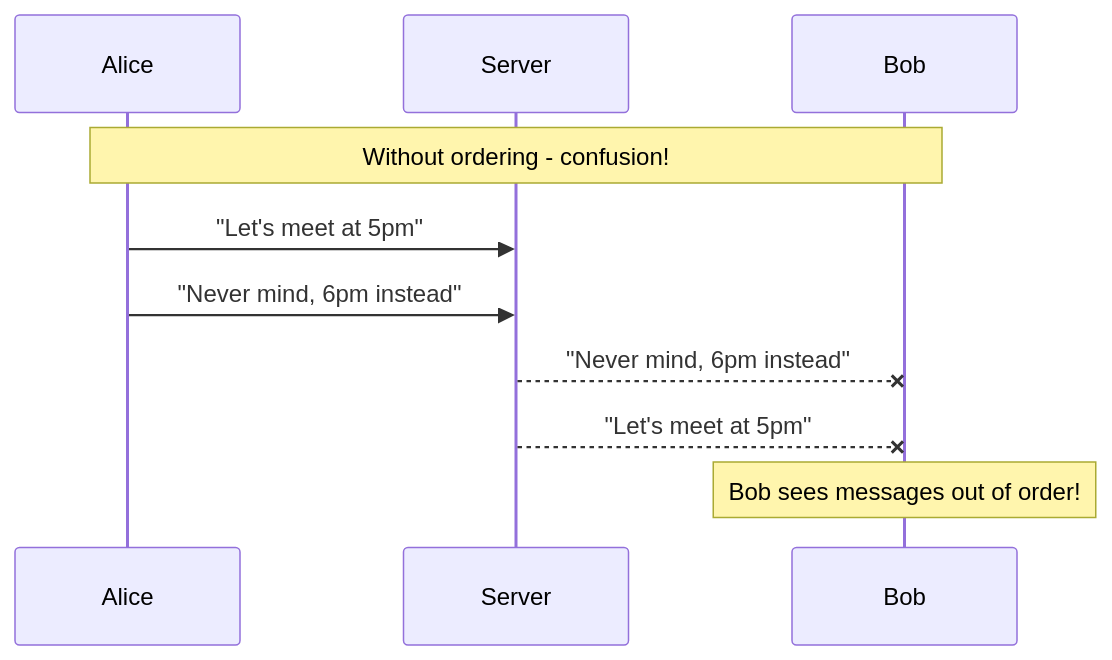
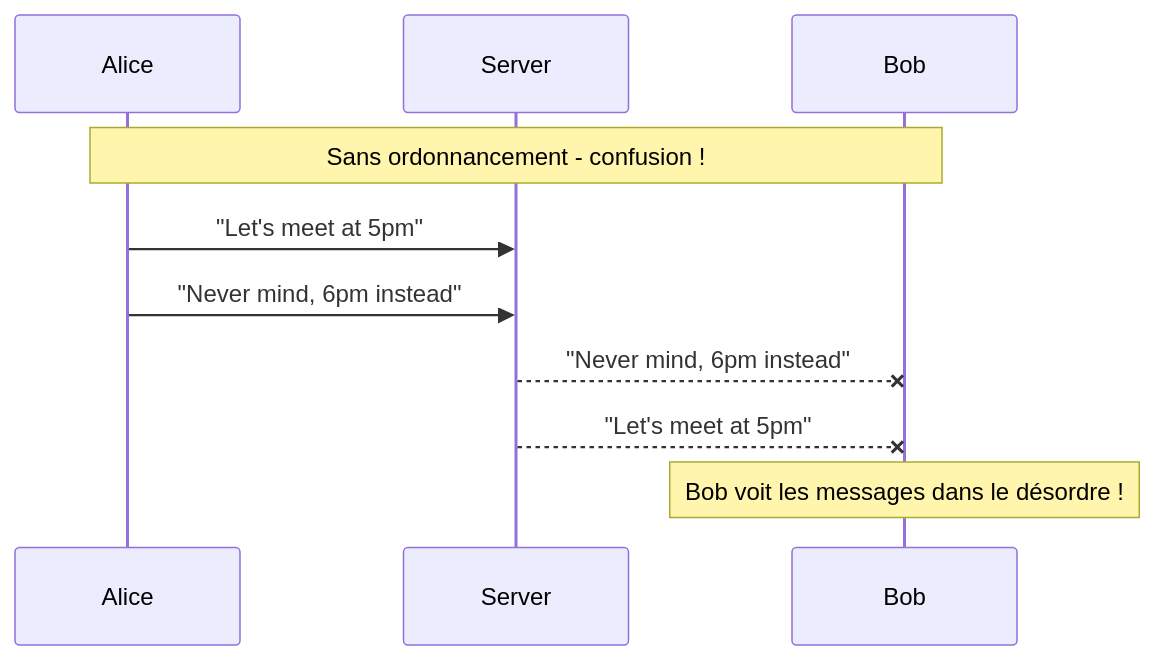
Before and after one commit to dardourimohamed/distributed-systems-course: the fifth of 6 diagrams in src/real-time/09-pub-sub.md, drawn with Mermaid. The commit also changed other lines of this file and 38 other files, not shown here.

````diff
--- a/src/real-time/09-pub-sub.md
+++ b/src/real-time/09-pub-sub.md
@@ -137,14 +137,14 @@
 ```mermaid
 sequenceDiagram
     participant A as Alice
     participant S as Server
     participant B as Bob
 
-    Note over A,B: Without ordering - confusion!
+    Note over A,B: Sans ordonnancement - confusion !
     A->>S: "Let's meet at 5pm"
     A->>S: "Never mind, 6pm instead"
     S--xB: "Never mind, 6pm instead"
     S--xB: "Let's meet at 5pm"
 
-    Note over B: Bob sees messages out of order!
+    Note over B: Bob voit les messages dans le désordre !
 ```
````
